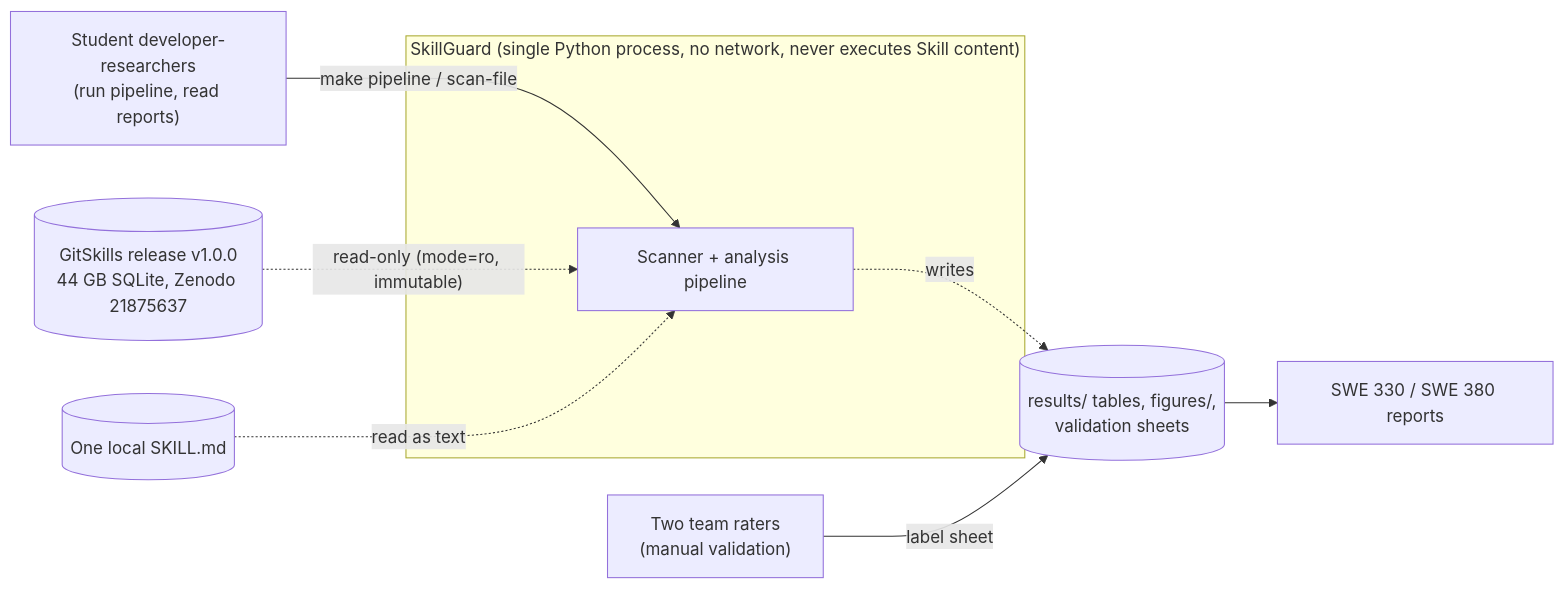
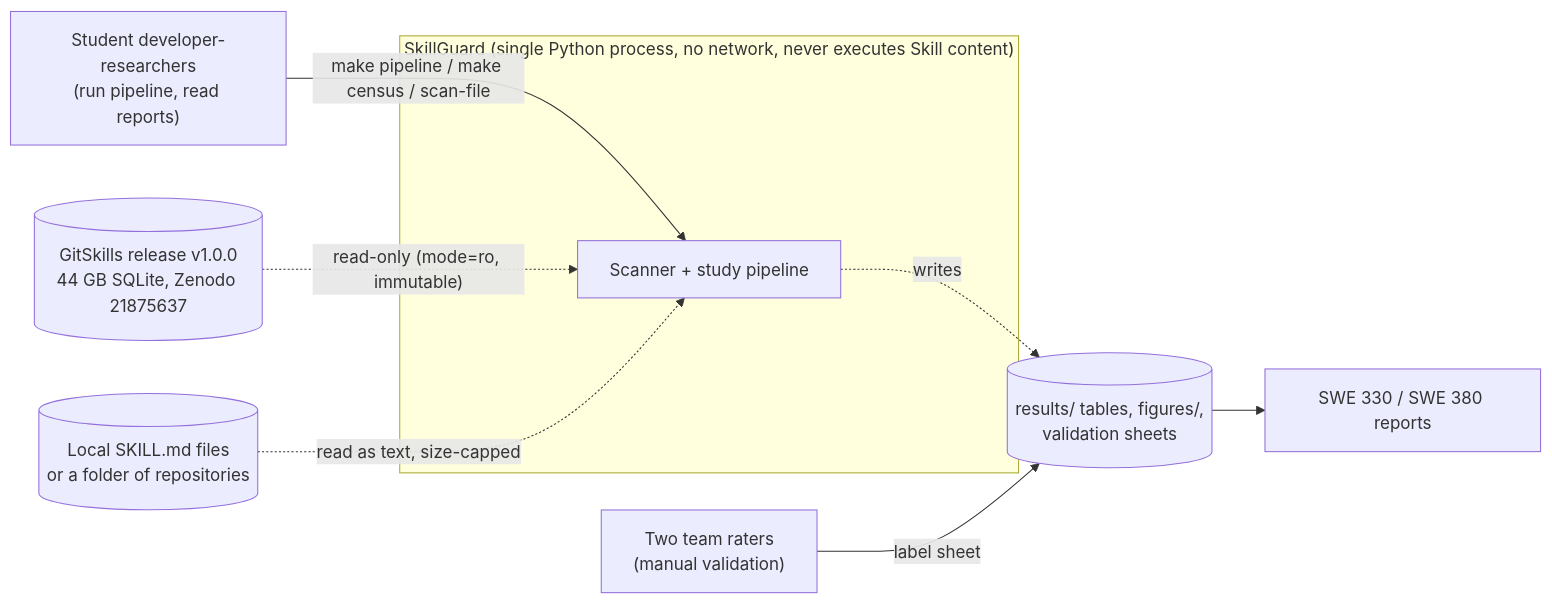
Before and after one commit to Ibrahimatatri/SWE-330-and-380: the first of 4 diagrams in docs/architecture/README.md, drawn with Mermaid. The commit also changed other lines of this file and 15 other files, not shown here.

Commit message:
Final architecture views and ADRs 0010-0011

````diff
--- a/docs/architecture/README.md
+++ b/docs/architecture/README.md
@@ -11,18 +11,18 @@
 ```mermaid
 flowchart LR
     team["Student developer-researchers<br/>(run pipeline, read reports)"]
     raters["Two team raters<br/>(manual validation)"]
     release[("GitSkills release v1.0.0<br/>44 GB SQLite, Zenodo 21875637")]
-    local[("One local SKILL.md")]
+    local[("Local SKILL.md files<br/>or a folder of repositories")]
     subgraph boundary["SkillGuard (single Python process, no network, never executes Skill content)"]
-        sg["Scanner + analysis pipeline"]
+        sg["Scanner + study pipeline"]
     end
     out[("results/ tables, figures/,<br/>validation sheets")]
     report["SWE 330 / SWE 380 reports"]
-    team -->|make pipeline / scan-file| sg
+    team -->|make pipeline / make census / scan-file| sg
     release -. "read-only (mode=ro, immutable)" .-> sg
-    local -. read as text .-> sg
+    local -. read as text, size-capped .-> sg
     sg -. writes .-> out
     out --> report
     raters -->|label sheet| out
 ```
````
